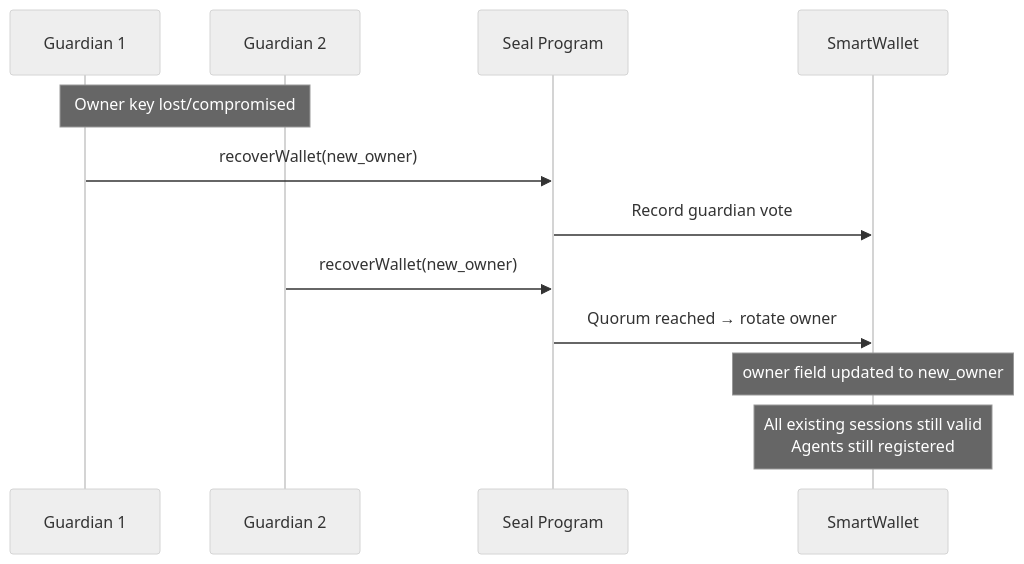
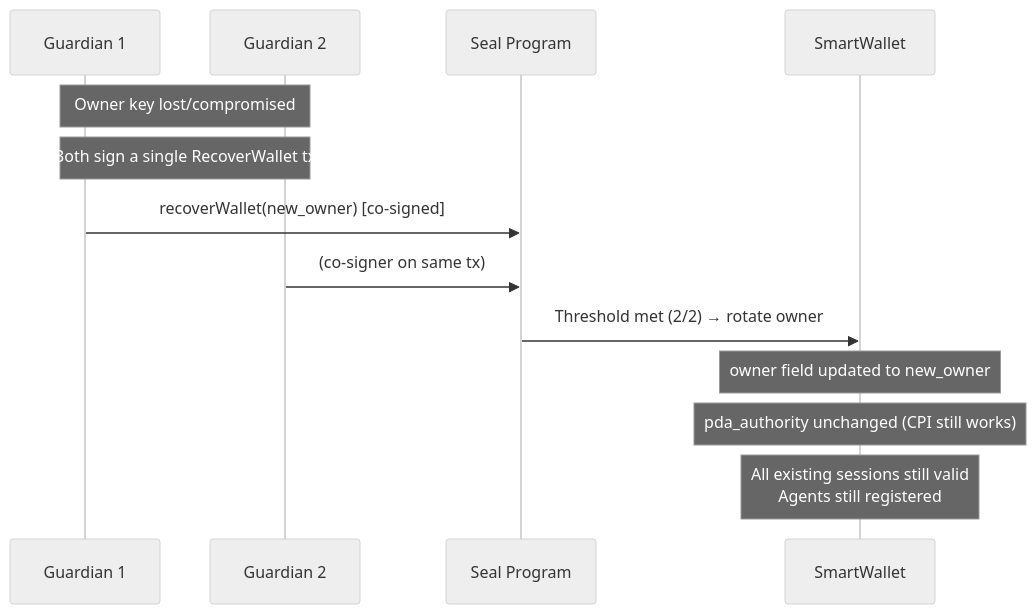
The second of 2 diagrams in docs/concepts/security-model.md (Immadominion/sentinel), drawn with Mermaid (neutral theme) before and after one commit. The commit also changed other lines of this file and 97 other files, not shown here.

````diff
--- a/docs/concepts/security-model.md
+++ b/docs/concepts/security-model.md
@@ -117,15 +117,16 @@
 ```mermaid
 sequenceDiagram
     participant G1 as Guardian 1
     participant G2 as Guardian 2
     participant SP as Seal Program
     participant SW as SmartWallet
 
     Note over G1,G2: Owner key lost/compromised
-    G1->>SP: recoverWallet(new_owner)
-    SP->>SW: Record guardian vote
-    G2->>SP: recoverWallet(new_owner)
-    SP->>SW: Quorum reached → rotate owner
+    Note over G1,G2: Both sign a single RecoverWallet tx
+    G1->>SP: recoverWallet(new_owner) [co-signed]
+    G2->>SP: (co-signer on same tx)
+    SP->>SW: Threshold met (2/2) → rotate owner
     Note over SW: owner field updated to new_owner
+    Note over SW: pda_authority unchanged (CPI still works)
     Note over SW: All existing sessions still valid<br/>Agents still registered
 ```
````
